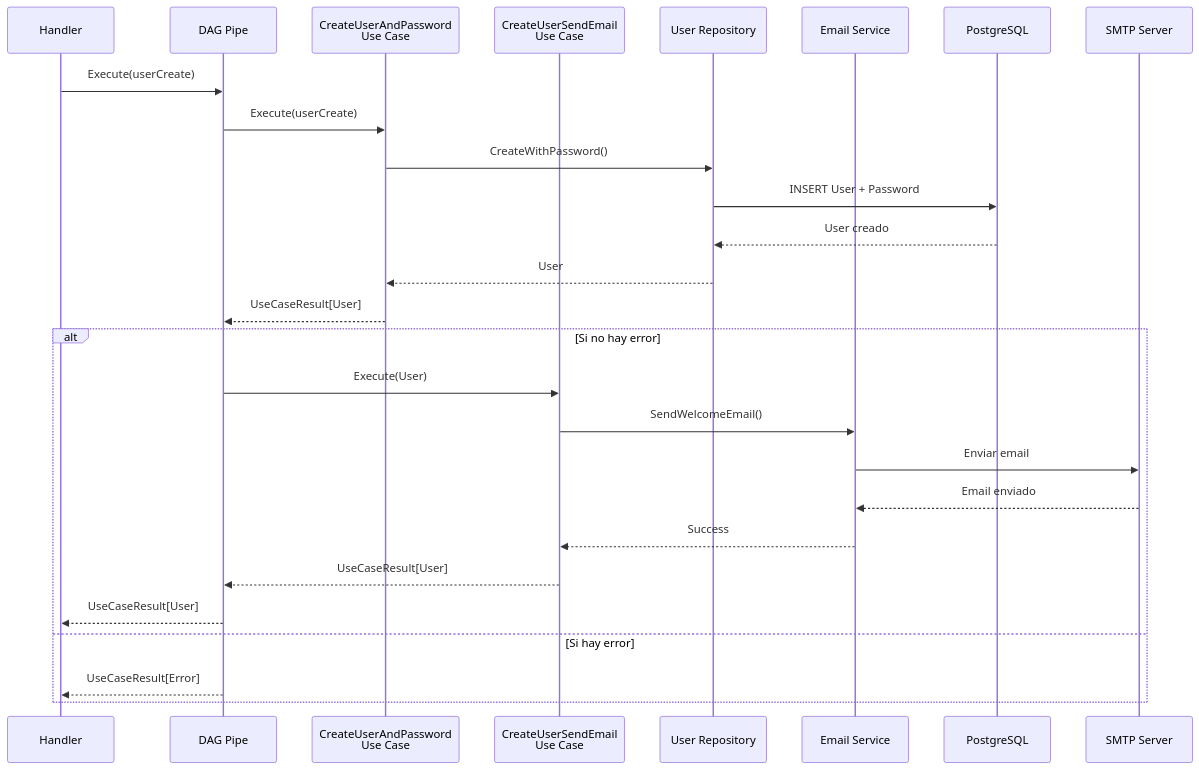
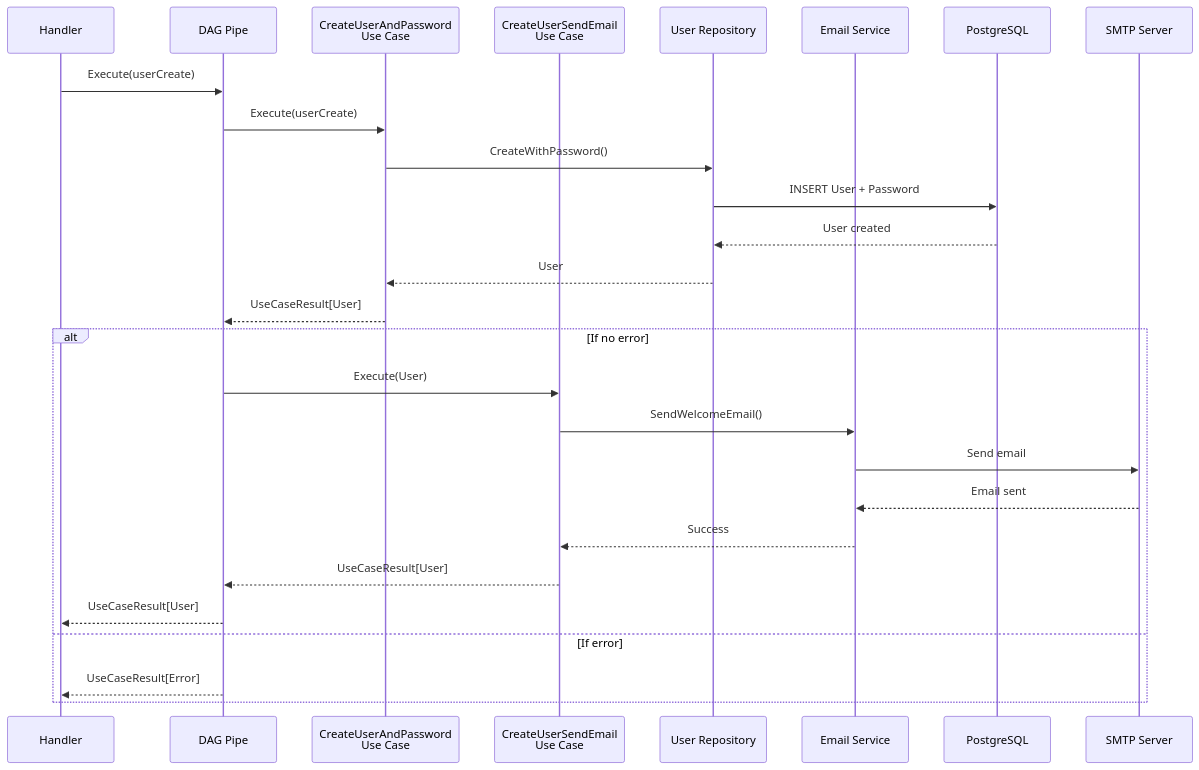
Diagram 13 of 27 in README.md (Simon3640/GoProjectSkeleton), drawn with Mermaid before and after one commit. The commit also changed other lines of this file and 1 other file, not shown here.

````diff
--- a/README.md
+++ b/README.md
@@ -1637,31 +1637,31 @@
 ```mermaid
 sequenceDiagram
     participant Handler as Handler
     participant DAG as DAG Pipe
     participant UC1 as CreateUserAndPassword<br/>Use Case
     participant UC2 as CreateUserSendEmail<br/>Use Case
     participant Repo as User Repository
     participant EmailSvc as Email Service
     participant DB as PostgreSQL
     participant SMTP as SMTP Server
 
     Handler->>DAG: Execute(userCreate)
     DAG->>UC1: Execute(userCreate)
     UC1->>Repo: CreateWithPassword()
     Repo->>DB: INSERT User + Password
-    DB-->>Repo: User creado
+    DB-->>Repo: User created
     Repo-->>UC1: User
     UC1-->>DAG: UseCaseResult[User]
 
-    alt Si no hay error
+    alt If no error
         DAG->>UC2: Execute(User)
         UC2->>EmailSvc: SendWelcomeEmail()
-        EmailSvc->>SMTP: Enviar email
-        SMTP-->>EmailSvc: Email enviado
+        EmailSvc->>SMTP: Send email
+        SMTP-->>EmailSvc: Email sent
         EmailSvc-->>UC2: Success
         UC2-->>DAG: UseCaseResult[User]
         DAG-->>Handler: UseCaseResult[User]
-    else Si hay error
+    else If error
         DAG-->>Handler: UseCaseResult[Error]
     end
 ```
````
